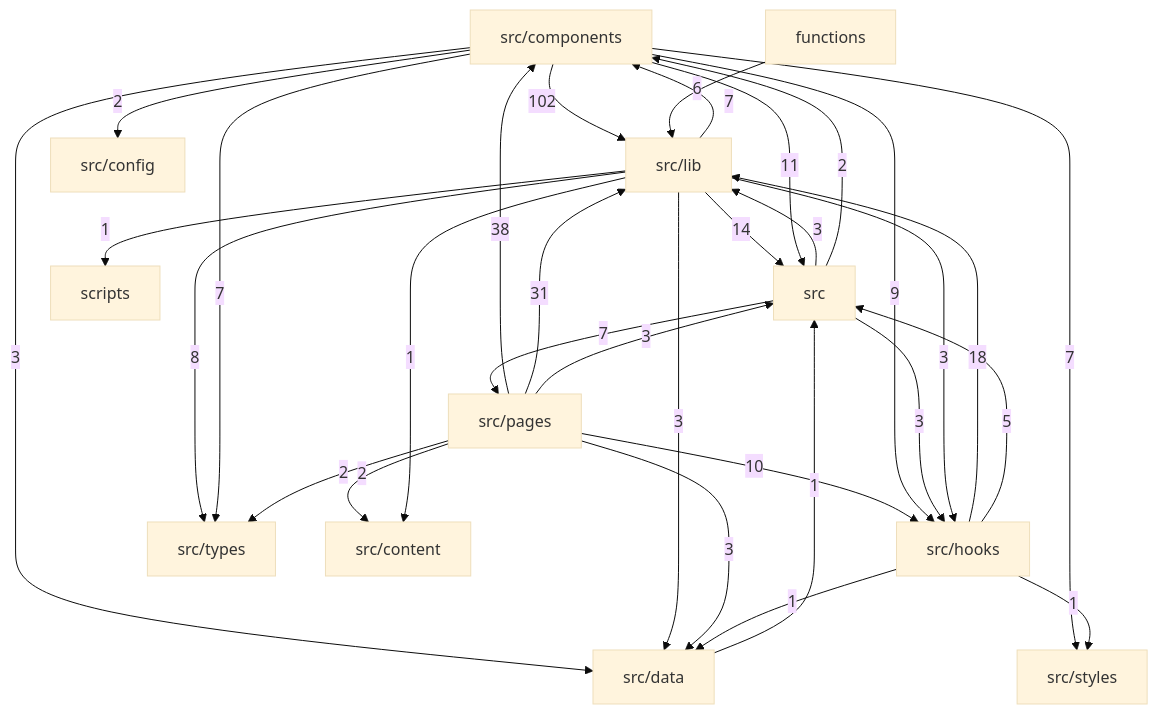
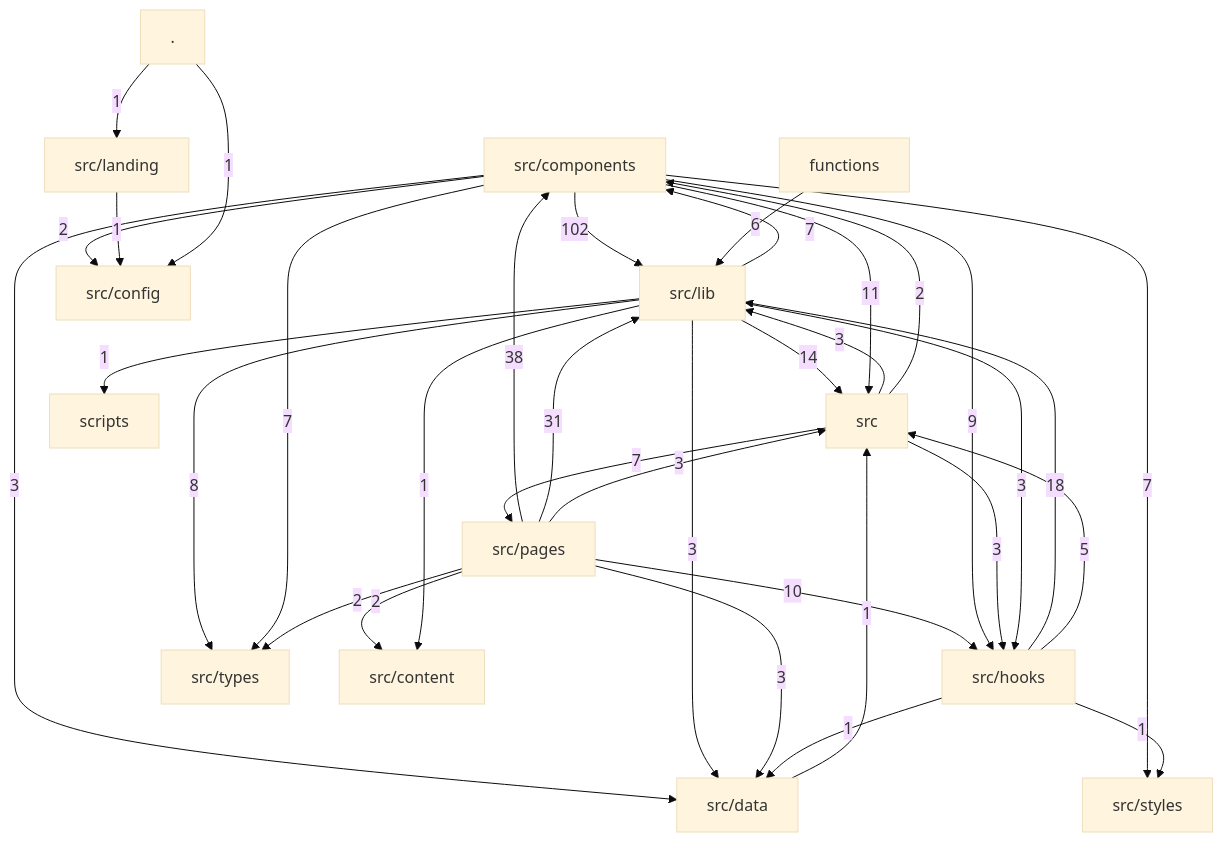
Before and after one commit to Sheshiyer/urania-137: the diagram in docs/architecture/DEPENDENCY-GRAPH.md, drawn with Mermaid (base theme). The commit also changed other lines of this file and 17 other files, not shown here.

````diff
--- a/docs/architecture/DEPENDENCY-GRAPH.md
+++ b/docs/architecture/DEPENDENCY-GRAPH.md
@@ -8,34 +8,37 @@
 ```mermaid
 graph TD
   src_components["src/components"] -->|102| src_lib["src/lib"]
   src_pages["src/pages"] -->|38| src_components["src/components"]
   src_pages["src/pages"] -->|31| src_lib["src/lib"]
   src_hooks["src/hooks"] -->|18| src_lib["src/lib"]
   src_lib["src/lib"] -->|14| src["src"]
   src_components["src/components"] -->|11| src["src"]
   src_pages["src/pages"] -->|10| src_hooks["src/hooks"]
   src_components["src/components"] -->|9| src_hooks["src/hooks"]
   src_lib["src/lib"] -->|8| src_types["src/types"]
   src["src"] -->|7| src_pages["src/pages"]
   src_components["src/components"] -->|7| src_types["src/types"]
   src_components["src/components"] -->|7| src_styles["src/styles"]
   src_lib["src/lib"] -->|7| src_components["src/components"]
   functions["functions"] -->|6| src_lib["src/lib"]
   src_hooks["src/hooks"] -->|5| src["src"]
   src["src"] -->|3| src_hooks["src/hooks"]
   src["src"] -->|3| src_lib["src/lib"]
   src_components["src/components"] -->|3| src_data["src/data"]
   src_lib["src/lib"] -->|3| src_data["src/data"]
   src_lib["src/lib"] -->|3| src_hooks["src/hooks"]
   src_pages["src/pages"] -->|3| src_data["src/data"]
   src_pages["src/pages"] -->|3| src["src"]
   src["src"] -->|2| src_components["src/components"]
   src_components["src/components"] -->|2| src_config["src/config"]
   src_pages["src/pages"] -->|2| src_content["src/content"]
   src_pages["src/pages"] -->|2| src_types["src/types"]
   src_data["src/data"] -->|1| src["src"]
   src_hooks["src/hooks"] -->|1| src_data["src/data"]
   src_hooks["src/hooks"] -->|1| src_styles["src/styles"]
+  src_landing["src/landing"] -->|1| src_config["src/config"]
   src_lib["src/lib"] -->|1| scripts["scripts"]
   src_lib["src/lib"] -->|1| src_content["src/content"]
+  _["."] -->|1| src_config["src/config"]
+  _["."] -->|1| src_landing["src/landing"]
 ```
````
